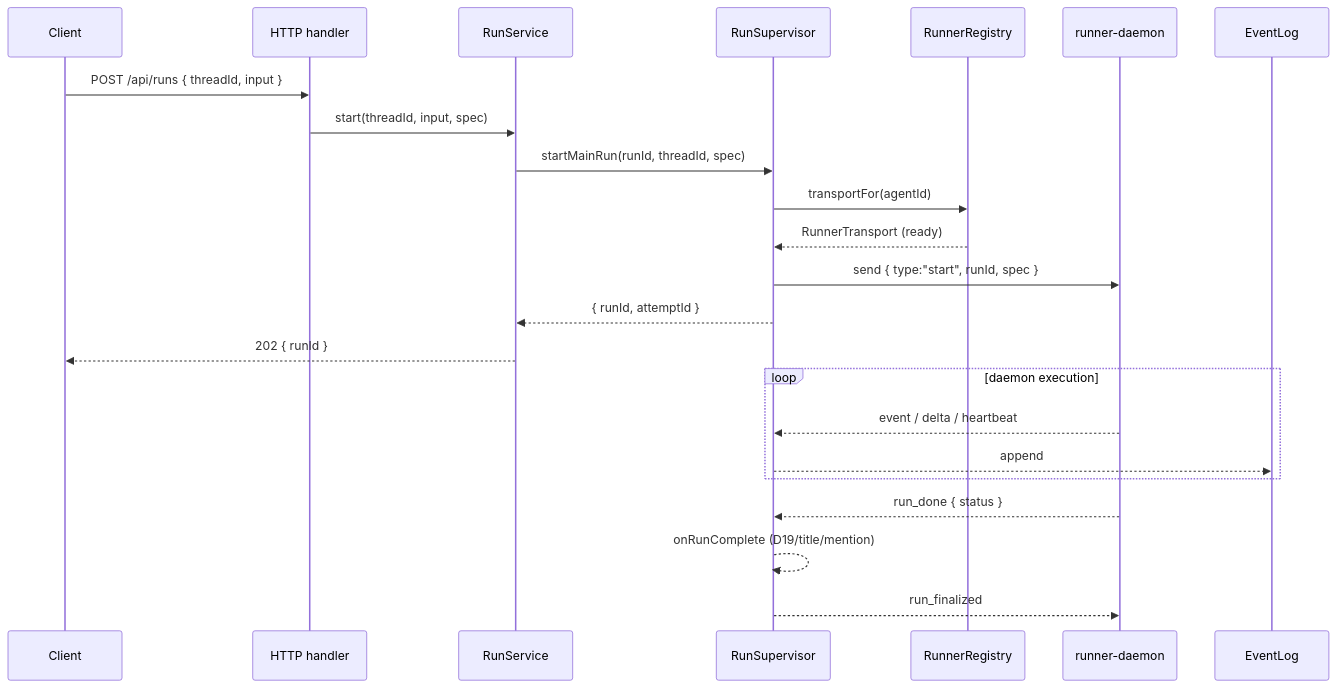
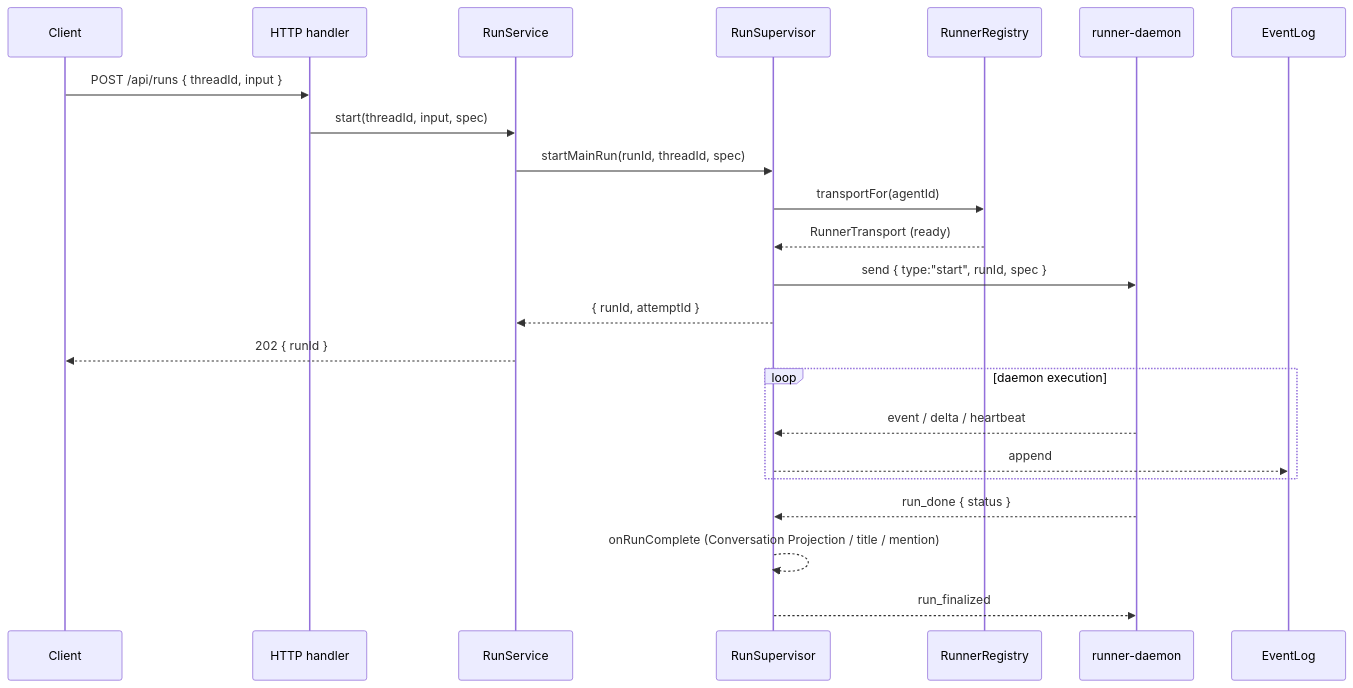
The second of 3 diagrams in docs/architecture/12-backend.md (Chengchcc/my-agent-team), drawn with Mermaid before and after one commit. The commit also changed other lines of this file and 8 other files, not shown here.

First line of the commit message:
docs: D19→Conversation Projection — wiki-first naming, ban D-numbers from arch docs

````diff
--- a/docs/architecture/12-backend.md
+++ b/docs/architecture/12-backend.md
@@ -373,25 +373,25 @@
 ```mermaid
 sequenceDiagram
   participant C as Client
   participant S as HTTP handler
   participant SV as RunService
   participant SP as RunSupervisor
   participant RG as RunnerRegistry
   participant D as runner-daemon
 
   C->>S: POST /api/runs { threadId, input }
   S->>SV: start(threadId, input, spec)
   SV->>SP: startMainRun(runId, threadId, spec)
   SP->>RG: transportFor(agentId)
   RG-->>SP: RunnerTransport (ready)
   SP->>D: send { type:"start", runId, spec }
   SP-->>SV: { runId, attemptId }
   SV-->>C: 202 { runId }
   loop daemon execution
     D-->>SP: event / delta / heartbeat
     SP-->>EventLog: append
   end
   D-->>SP: run_done { status }
-  SP-->>SP: onRunComplete (D19/title/mention)
+  SP-->>SP: onRunComplete (Conversation Projection / title / mention)
   SP-->>D: run_finalized
 ```
````
